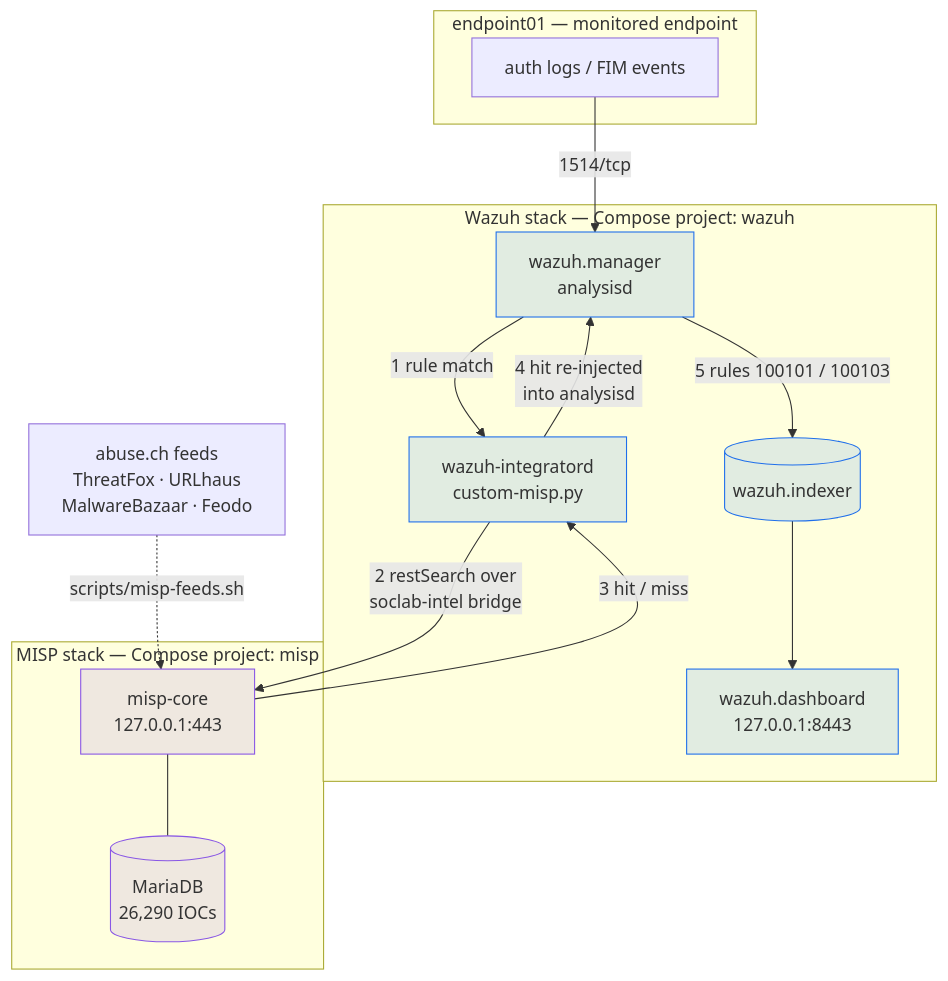
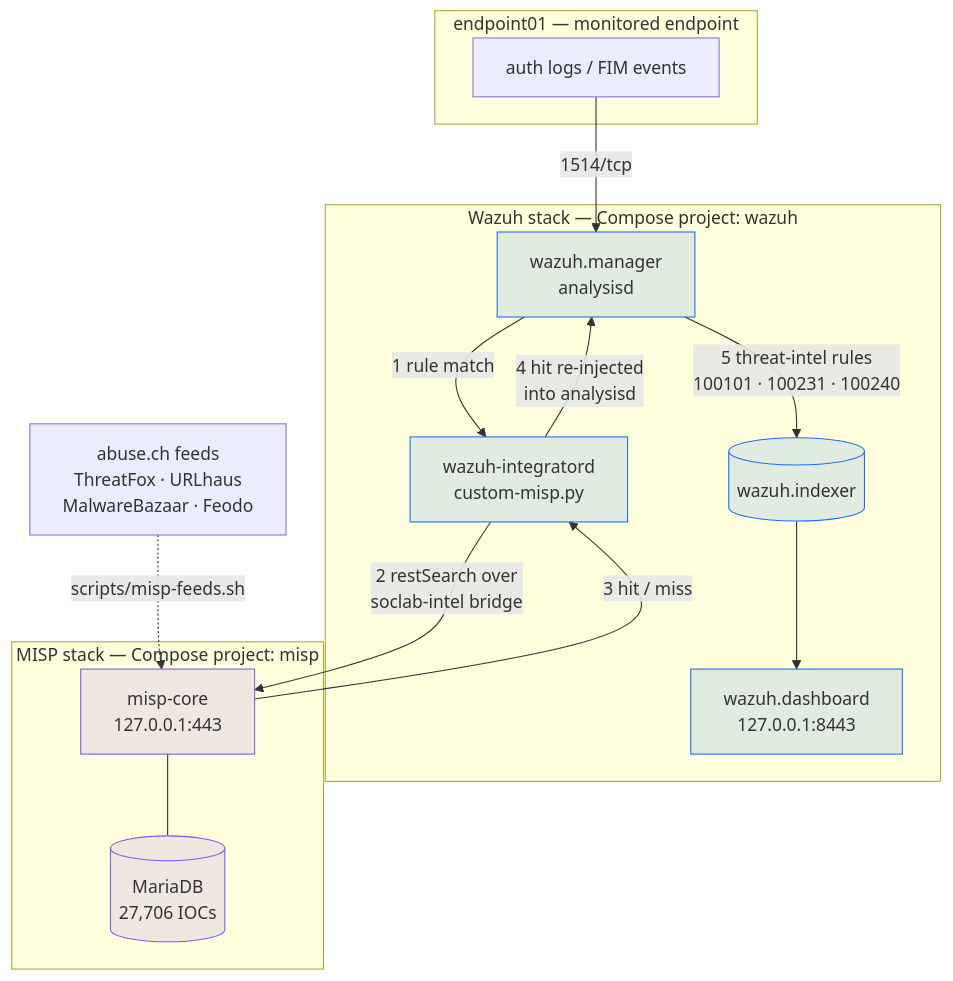
Before and after one commit to Harish-210605/SOC-Home-Lab_Wazuh-MISP: the diagram in README.md, drawn with Mermaid. The commit also changed other lines of this file and 2 other files, not shown here.

````diff
--- a/README.md
+++ b/README.md
@@ -30,34 +28,34 @@
 ```mermaid
 flowchart TB
     subgraph endpoint["endpoint01 — monitored endpoint"]
         LOGS["auth logs / FIM events"]
     end
 
     subgraph wazuh["Wazuh stack — Compose project: wazuh"]
         MGR["wazuh.manager<br/>analysisd"]
         INT["wazuh-integratord<br/>custom-misp.py"]
         IDX[("wazuh.indexer")]
         DASH["wazuh.dashboard<br/>127.0.0.1:8443"]
     end
 
     subgraph misp["MISP stack — Compose project: misp"]
         CORE["misp-core<br/>127.0.0.1:443"]
-        DB[("MariaDB<br/>26,290 IOCs")]
+        DB[("MariaDB<br/>27,706 IOCs")]
     end
 
     FEEDS["abuse.ch feeds<br/>ThreatFox · URLhaus<br/>MalwareBazaar · Feodo"] -.->|"scripts/misp-feeds.sh"| CORE
     CORE --- DB
 
     LOGS -->|"1514/tcp"| MGR
     MGR -->|"1 rule match"| INT
     INT -->|"2 restSearch over<br/>soclab-intel bridge"| CORE
     CORE -->|"3 hit / miss"| INT
     INT -->|"4 hit re-injected<br/>into analysisd"| MGR
-    MGR -->|"5 rules 100101 / 100103"| IDX
+    MGR -->|"5 threat-intel rules<br/>100101 · 100231 · 100240"| IDX
     IDX --> DASH
 
     classDef w fill:#1f6feb22,stroke:#1f6feb
     classDef m fill:#8957e522,stroke:#8957e5
     class MGR,INT,IDX,DASH w
     class CORE,DB m
 ```
````
